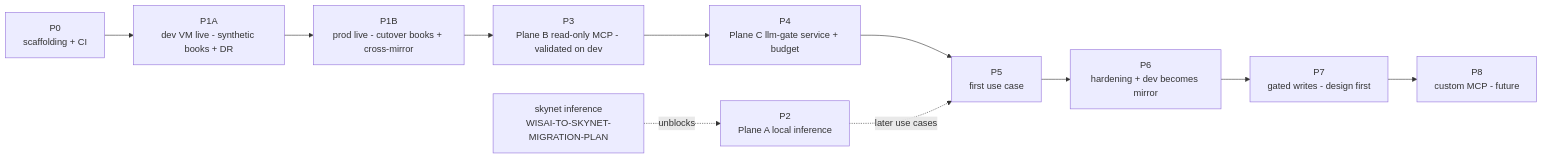
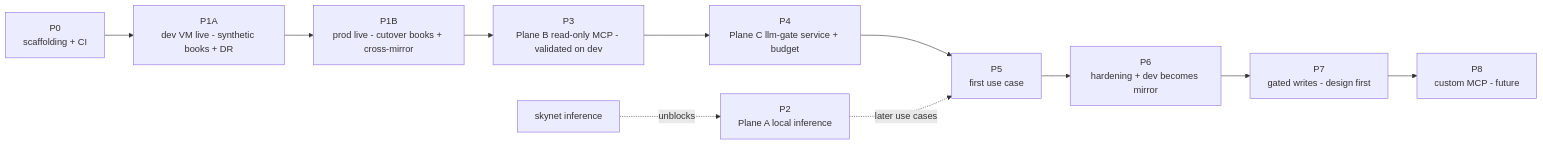
One commit to uhstray-io/agent-cloud changed the first of 4 diagrams in plan/archive/development/ERPNEXT-DEPLOYMENT.md. Above: the diagram before and after it, drawn with Mermaid. The commit also changed other lines of this file and 29 other files, not shown here.

````diff
--- a/plan/archive/development/ERPNEXT-DEPLOYMENT.md
+++ b/plan/archive/development/ERPNEXT-DEPLOYMENT.md
@@ -33,13 +33,13 @@
 ```mermaid
 flowchart LR
-  WIS[skynet inference<br/>WISAI-TO-SKYNET-MIGRATION-PLAN] -. unblocks .-> P2
+  WIS[skynet inference] -. unblocks .-> P2
   P0[P0<br/>scaffolding + CI] --> P1A[P1A<br/>dev VM live - synthetic books + DR]
   P1A --> P1B[P1B<br/>prod live - cutover books + cross-mirror]
   P1B --> P3[P3<br/>Plane B read-only MCP - validated on dev]
   P3 --> P4[P4<br/>Plane C llm-gate service + budget]
   P4 --> P5[P5<br/>first use case]
   P2[P2<br/>Plane A local inference] -. later use cases .-> P5
   P5 --> P6[P6<br/>hardening + dev becomes mirror]
   P6 --> P7[P7<br/>gated writes - design first]
   P7 --> P8[P8<br/>custom MCP - future]
 ```
````
